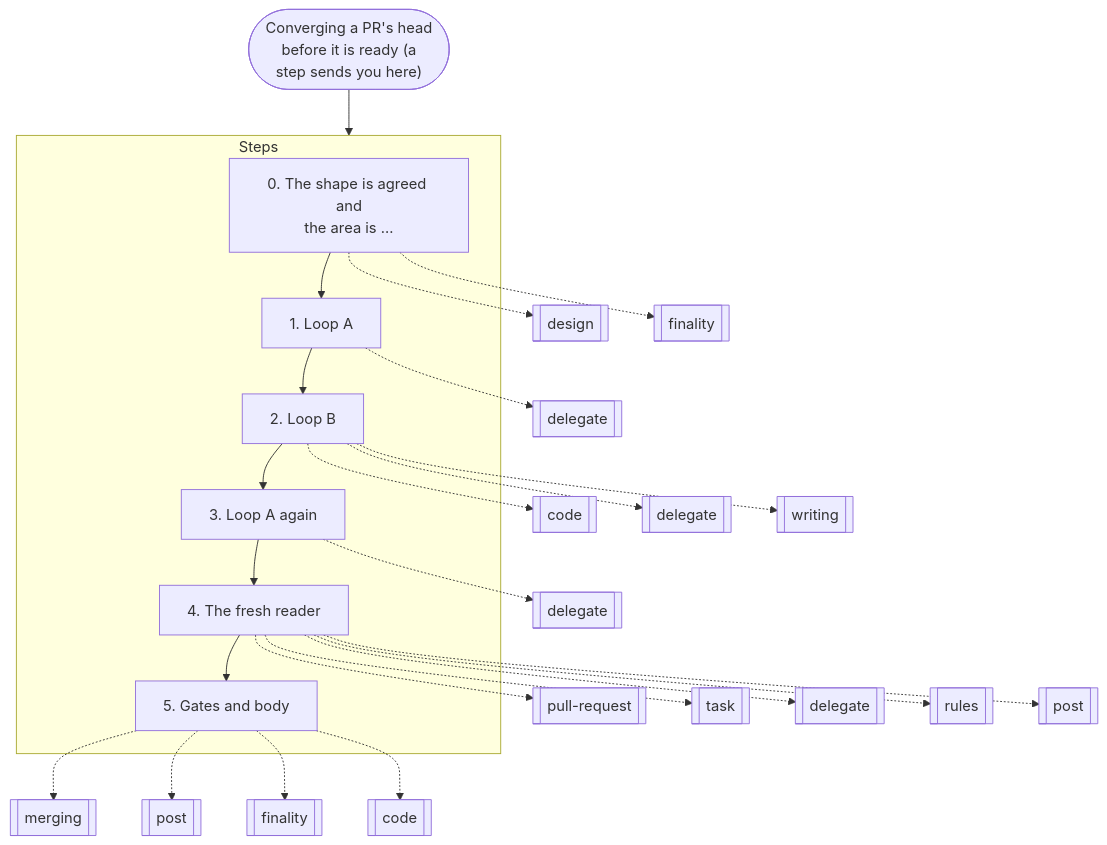
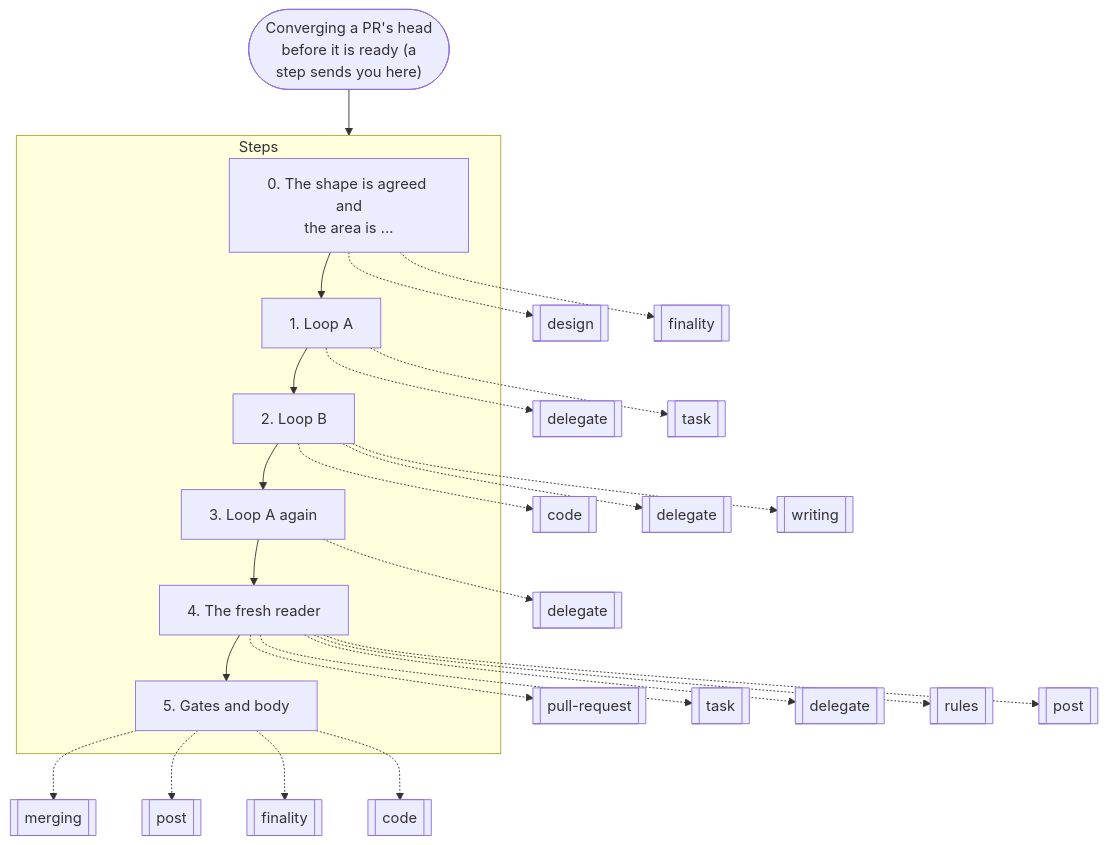
Before and after one commit to nitedani-agent/mergeworthy: diagram 11 of 19 in docs/graphs.md, drawn with Mermaid. The commit also changed other lines of this file and 12 other files, not shown here.

````diff
--- a/docs/graphs.md
+++ b/docs/graphs.md
@@ -291,34 +291,35 @@
 ```mermaid
 flowchart TB
   start(["Converging a PR's head<br/>before it is ready (a<br/>step sends you here)"])
   subgraph g0["Steps"]
     s0["0. The shape is agreed and<br/>the area is …"]
     s1["1. Loop A"]
     s0 --> s1
     s2["2. Loop B"]
     s1 --> s2
     s3["3. Loop A again"]
     s2 --> s3
     s4["4. The fresh reader"]
     s3 --> s4
     s5["5. Gates and body"]
     s4 --> s5
   end
   s0 -.-> r1[["design"]]
   s0 -.-> r2[["finality"]]
   s1 -.-> r3[["delegate"]]
-  s2 -.-> r4[["code"]]
-  s2 -.-> r5[["delegate"]]
-  s2 -.-> r6[["writing"]]
-  s3 -.-> r7[["delegate"]]
-  s4 -.-> r8[["pull-request"]]
-  s4 -.-> r9[["task"]]
-  s4 -.-> r10[["delegate"]]
-  s4 -.-> r11[["rules"]]
-  s4 -.-> r12[["post"]]
-  s5 -.-> r13[["merging"]]
-  s5 -.-> r14[["post"]]
-  s5 -.-> r15[["finality"]]
-  s5 -.-> r16[["code"]]
+  s1 -.-> r4[["task"]]
+  s2 -.-> r5[["code"]]
+  s2 -.-> r6[["delegate"]]
+  s2 -.-> r7[["writing"]]
+  s3 -.-> r8[["delegate"]]
+  s4 -.-> r9[["pull-request"]]
+  s4 -.-> r10[["task"]]
+  s4 -.-> r11[["delegate"]]
+  s4 -.-> r12[["rules"]]
+  s4 -.-> r13[["post"]]
+  s5 -.-> r14[["merging"]]
+  s5 -.-> r15[["post"]]
+  s5 -.-> r16[["finality"]]
+  s5 -.-> r17[["code"]]
   start --> g0
 ```
````
